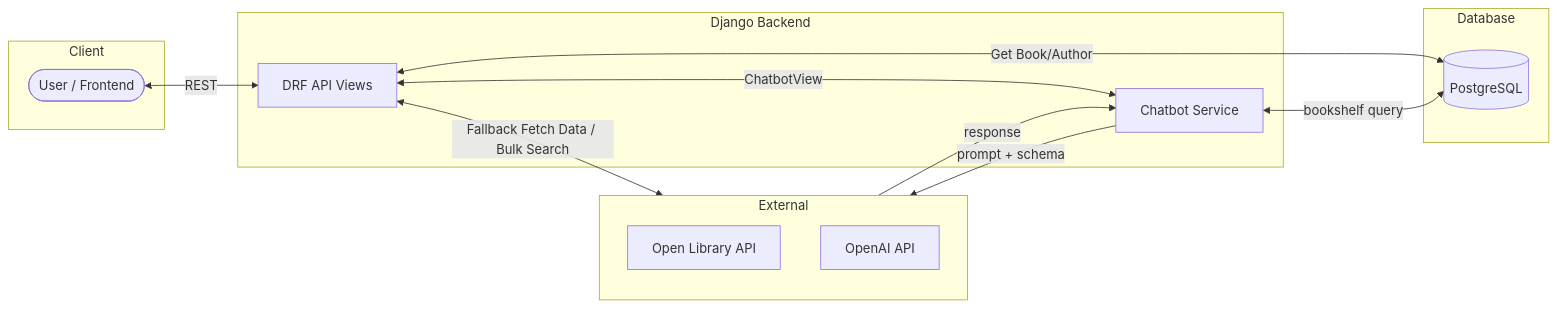
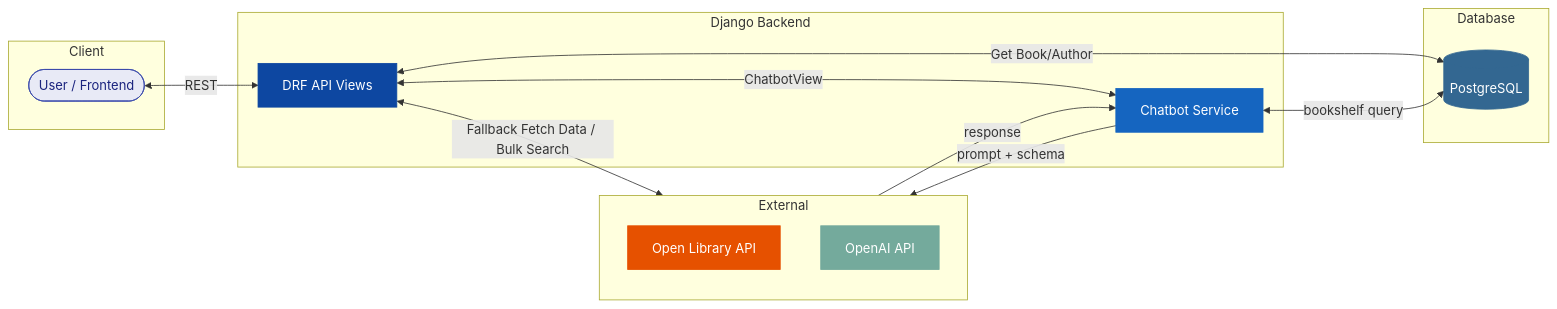
Before and after one commit to Jtsoco/rag-book-app: the second of 2 diagrams in book_rag_backend/docs/internal/diagrams/chatbot_flow.md, drawn with Mermaid. The commit also changed other lines of this file, not shown here.

Commit message:
colors added to diagram

````diff
--- a/book_rag_backend/docs/internal/diagrams/chatbot_flow.md
+++ b/book_rag_backend/docs/internal/diagrams/chatbot_flow.md
@@ -16,27 +17,34 @@
 ```mermaid
 flowchart LR
     subgraph Client
         A([User / Frontend])
     end
     subgraph Django["Django Backend"]
         B[DRF API Views]
         C[Chatbot Service]
 
     end
     subgraph Database
         D[(PostgreSQL)]
     end
     subgraph External
         direction TB
         E[Open Library API]
         F[OpenAI API]
     end
 
     A <-->|REST| B
     B <-->|ChatbotView| C
     B <-->|Get Book/Author| D
     B <-->|Fallback Fetch Data / Bulk Search| E
     C <-->|bookshelf query| D
     C -->|prompt + schema| F
     F -->|response| C
+
+    style A fill:#e8eaf6,stroke:#3949ab,color:#1a237e
+    style B fill:#0d47a1,color:#fff,stroke:#0d47a1
+    style C fill:#1565c0,color:#fff,stroke:#1565c0
+    style D fill:#336791,color:#fff,stroke:#336791
+    style E fill:#e65100,color:#fff,stroke:#e65100
+    style F fill:#74aa9c,color:#fff,stroke:#74aa9c
 ```
````
